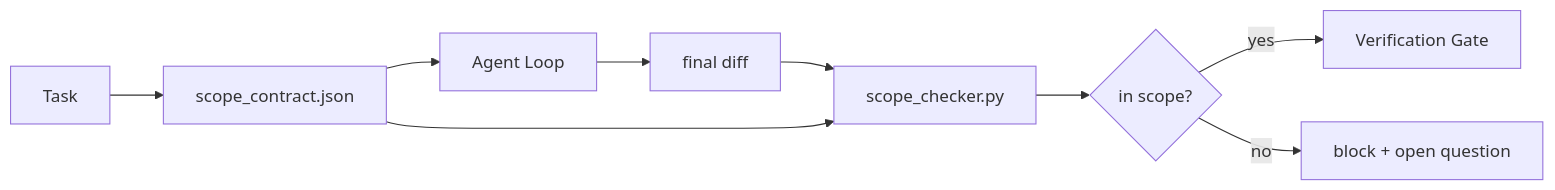
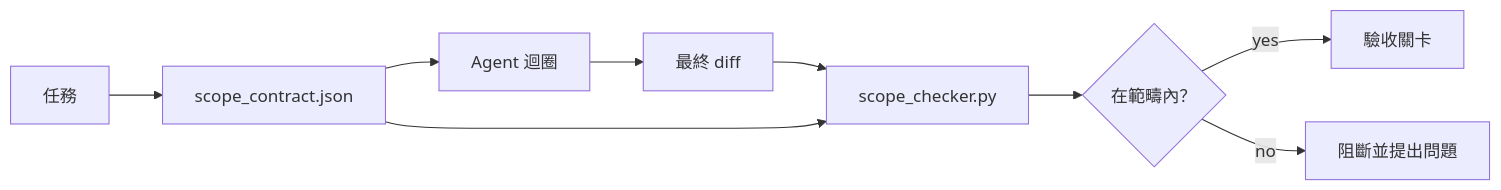
Before and after one commit to edward821220/ai-engineering-from-scratch: the diagram in i18n/zh-TW/phases/14-agent-engineering/36-scope-contracts/docs/zh-TW.md, drawn with Mermaid. The commit also changed other lines of this file and 46 other files, not shown here.

````diff
--- a/i18n/zh-TW/phases/14-agent-engineering/36-scope-contracts/docs/zh-TW.md
+++ b/i18n/zh-TW/phases/14-agent-engineering/36-scope-contracts/docs/zh-TW.md
@@ -25,11 +25,11 @@
 ```mermaid
 flowchart LR
-  Task[Task] --> Contract[scope_contract.json]
-  Contract --> Agent[Agent Loop]
-  Agent --> Diff[final diff]
+  Task[任務] --> Contract[scope_contract.json]
+  Contract --> Agent[Agent 迴圈]
+  Agent --> Diff[最終 diff]
   Diff --> Checker[scope_checker.py]
   Contract --> Checker
-  Checker --> Verdict{in scope?}
-  Verdict -- yes --> Verify[Verification Gate]
-  Verdict -- no --> Block[block + open question]
+  Checker --> Verdict{在範疇內？}
+  Verdict -- yes --> Verify[驗收關卡]
+  Verdict -- no --> Block[阻斷並提出問題]
 ```
````
